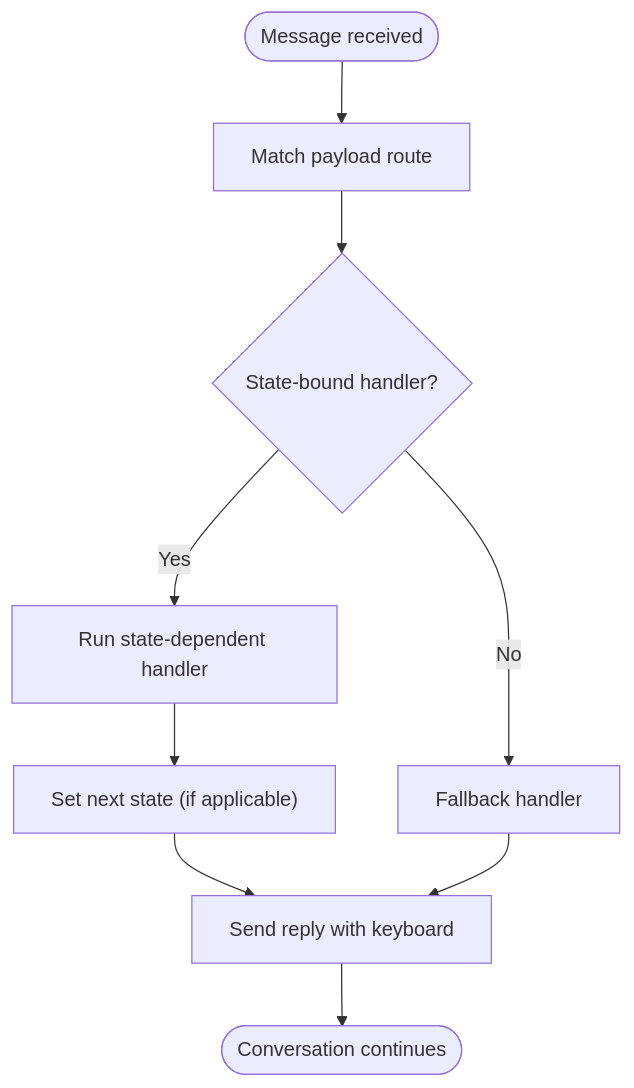
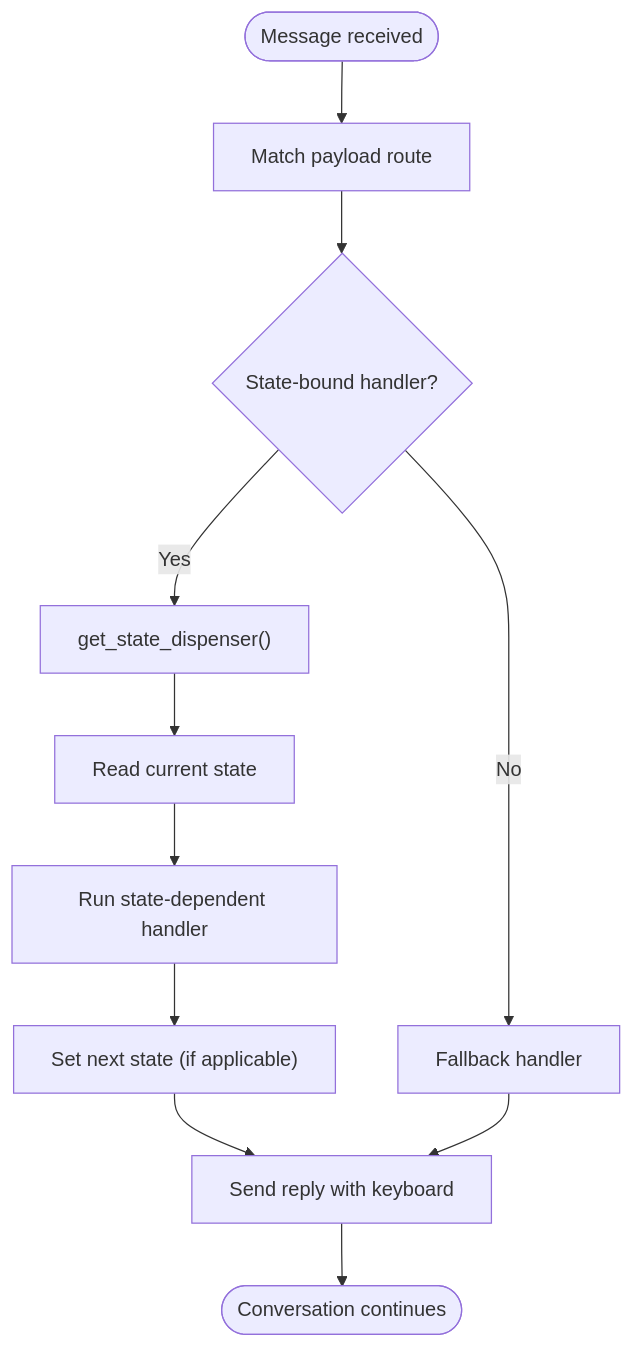
Before and after one commit to ognelis/cafetera_hr_bot: the fourth of 10 diagrams in .qoder/repowiki/en/content/State Management.md, drawn with Mermaid. The commit also changed other lines of this file and 14 other files, not shown here.

````diff
--- a/.qoder/repowiki/en/content/State Management.md
+++ b/.qoder/repowiki/en/content/State Management.md
@@ -153,11 +179,13 @@
 ```mermaid
 flowchart TD
 Start(["Message received"]) --> MatchPayload["Match payload route"]
 MatchPayload --> HasState{"State-bound handler?"}
-HasState --> |Yes| RunHandler["Run state-dependent handler"]
+HasState --> |Yes| GetDispenser["get_state_dispenser()"]
+GetDispenser --> ReadState["Read current state"]
+ReadState --> RunHandler["Run state-dependent handler"]
 HasState --> |No| Fallback["Fallback handler"]
 RunHandler --> UpdateState["Set next state (if applicable)"]
 UpdateState --> Reply["Send reply with keyboard"]
 Fallback --> Reply
 Reply --> End(["Conversation continues"])
 ```
````
